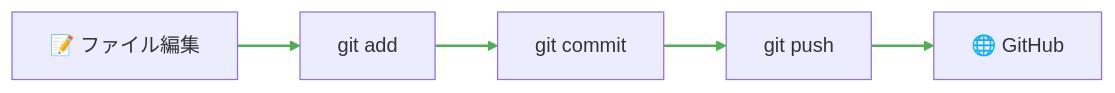
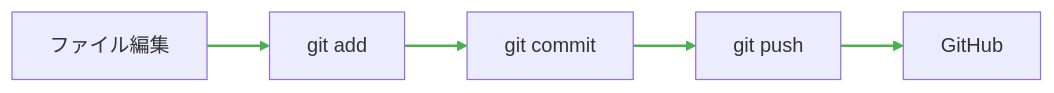
Before and after one commit to NITIC-HirasawaLab-HDP/2025_ros2_document: the second of 2 diagrams in github_handson/what_is_github.md, drawn with Mermaid. The commit also changed other lines of this file and 3 other files, not shown here.

````diff
--- a/github_handson/what_is_github.md
+++ b/github_handson/what_is_github.md
@@ -174,8 +174,8 @@
 ```mermaid
 graph LR
-    A[📝 ファイル編集] --> B[git add]
+    A[ファイル編集] --> B[git add]
     B --> C[git commit]
     C --> D[git push]
-    D --> E[🌐 GitHub]
+    D --> E[GitHub]
     linkStyle 0,1,2,3 stroke:#4CAF50,stroke-width:2px
 ```
````
